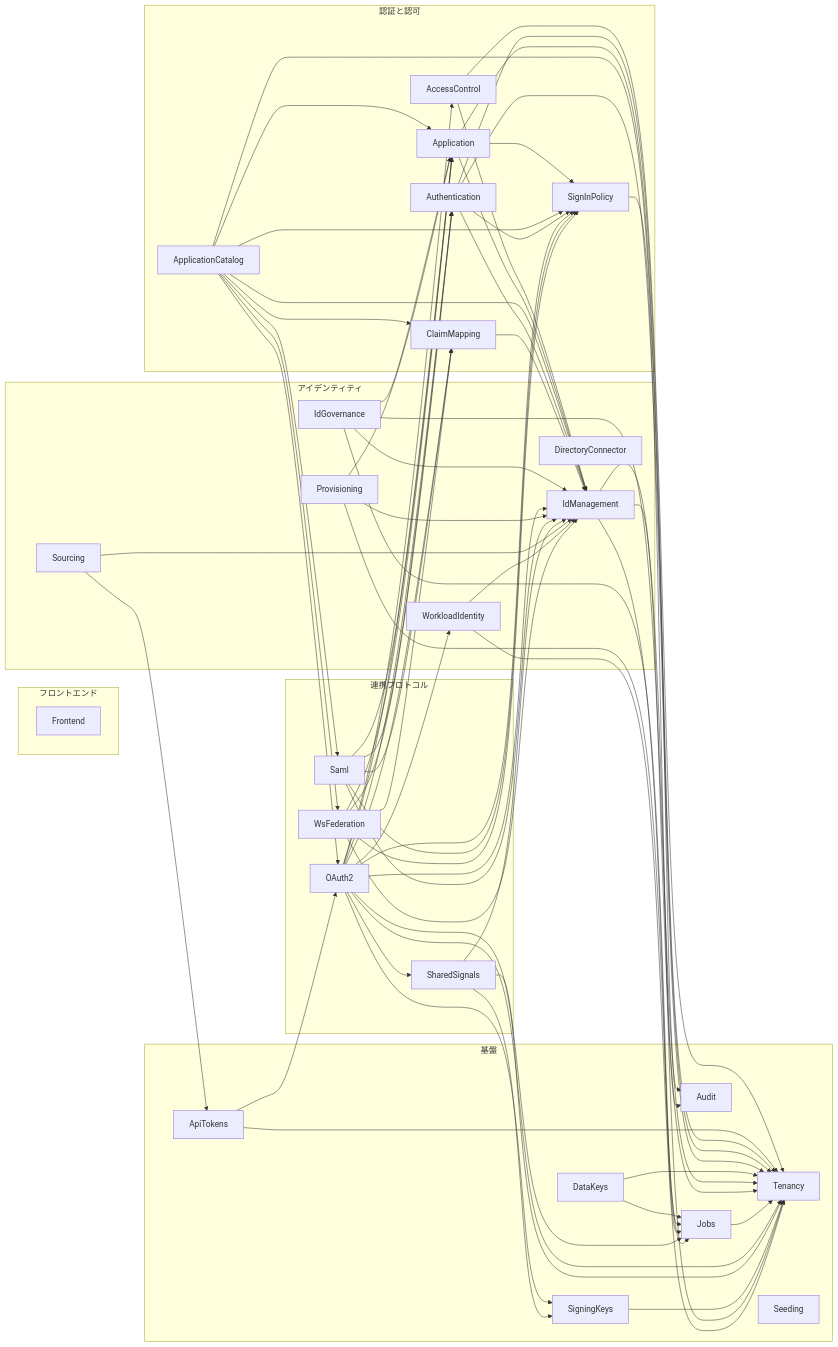
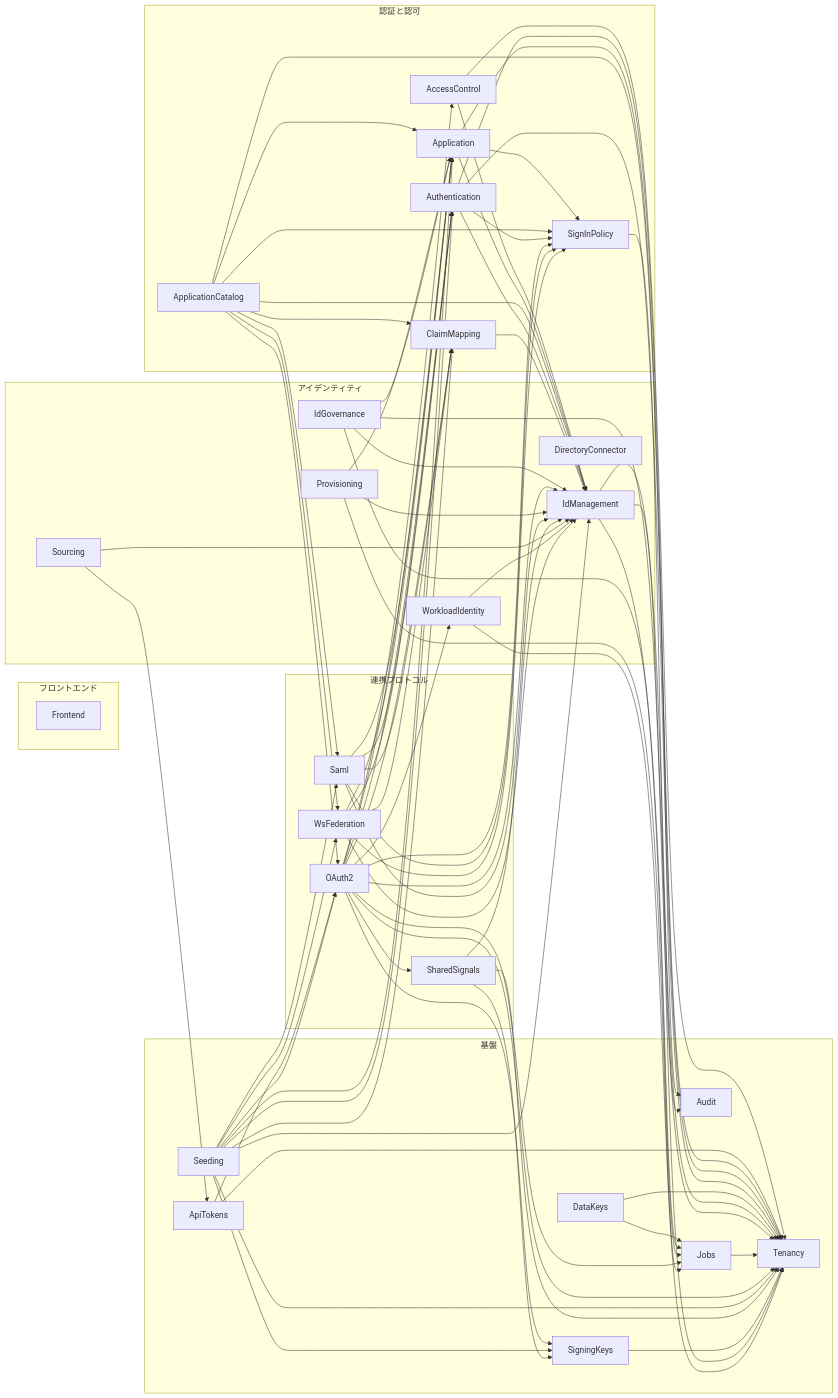
One commit to ambi/idmagic changed the diagram in docs/modules/README.md. Above: the diagram before and after it, drawn with Mermaid. The commit also changed 12 other files, not shown here.

```diff
--- a/docs/modules/README.md
+++ b/docs/modules/README.md
@@ -194,6 +194,15 @@
   Saml --> ClaimMapping
   Saml --> IdManagement
   Saml --> SignInPolicy
+  Seeding --> Application
+  Seeding --> Authentication
+  Seeding --> ClaimMapping
+  Seeding --> IdManagement
+  Seeding --> OAuth2
+  Seeding --> Saml
+  Seeding --> SigningKeys
+  Seeding --> Tenancy
+  Seeding --> WsFederation
   SharedSignals --> IdManagement
   SharedSignals --> SigningKeys
   SharedSignals --> Tenancy
```
